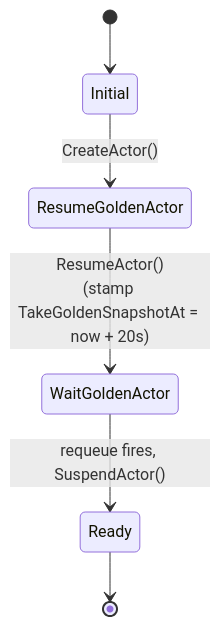
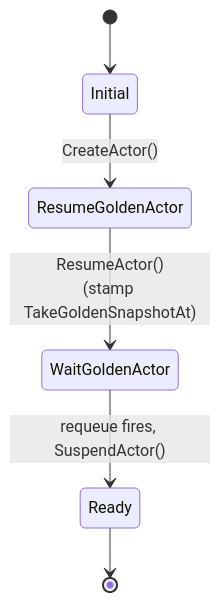
Before and after one commit to christian-posta/substrate: the diagram in atlas/src/content/docs/concepts/actortemplate.mdx, drawn with Mermaid. The commit also changed other lines of this file and 28 other files, not shown here.

````diff
--- a/atlas/src/content/docs/concepts/actortemplate.mdx
+++ b/atlas/src/content/docs/concepts/actortemplate.mdx
@@ -142,8 +198,8 @@
 ```mermaid
 stateDiagram-v2
   [*] --> Initial
   Initial --> ResumeGoldenActor: CreateActor()
-  ResumeGoldenActor --> WaitGoldenActor: ResumeActor()<br/>(stamp TakeGoldenSnapshotAt = now + 20s)
+  ResumeGoldenActor --> WaitGoldenActor: ResumeActor()<br/>(stamp TakeGoldenSnapshotAt)
   WaitGoldenActor --> Ready: requeue fires, SuspendActor()
   Ready --> [*]
 ```
````
